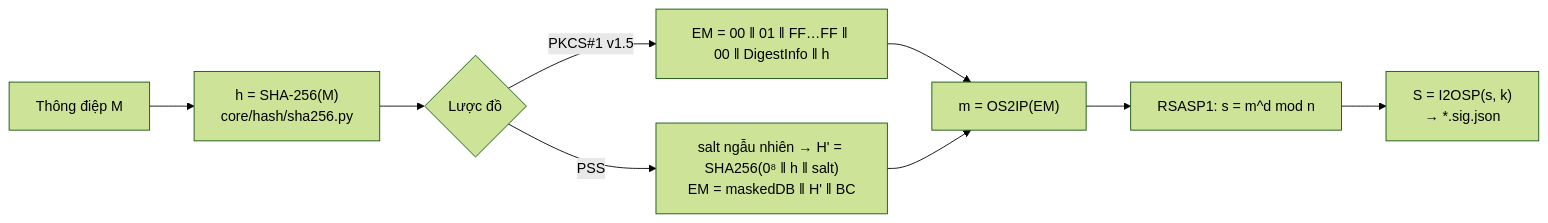
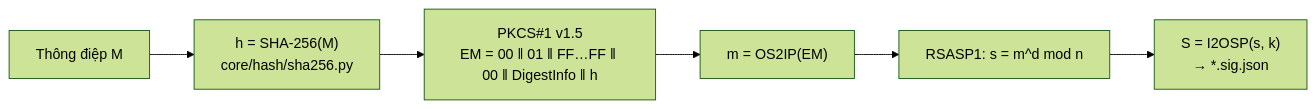
One commit to Ragnarok-84/RSA_2 changed the diagram in docs/diagrams/sign.md. Above: the diagram before and after it, drawn with Mermaid (forest theme). The commit also changed 30 other files, not shown here.

````diff
--- a/docs/diagrams/sign.md
+++ b/docs/diagrams/sign.md
@@ -3,11 +3,8 @@
 ```mermaid
 flowchart LR
     M["Thông điệp M"] --> H["h = SHA-256(M)<br/>core/hash/sha256.py"]
-    H --> E{"Lược đồ"}
-    E -- PKCS#1 v1.5 --> P1["EM = 00 ‖ 01 ‖ FF…FF ‖ 00 ‖ DigestInfo ‖ h"]
-    E -- PSS --> P2["salt ngẫu nhiên → H' = SHA256(0⁸ ‖ h ‖ salt)<br/>EM = maskedDB ‖ H' ‖ BC"]
+    H --> P1["PKCS#1 v1.5<br/>EM = 00 ‖ 01 ‖ FF…FF ‖ 00 ‖ DigestInfo ‖ h"]
     P1 --> I["m = OS2IP(EM)"]
-    P2 --> I
     I --> S["RSASP1: s = m^d mod n"]
     S --> O["S = I2OSP(s, k)<br/>→ *.sig.json"]
 ```
````
